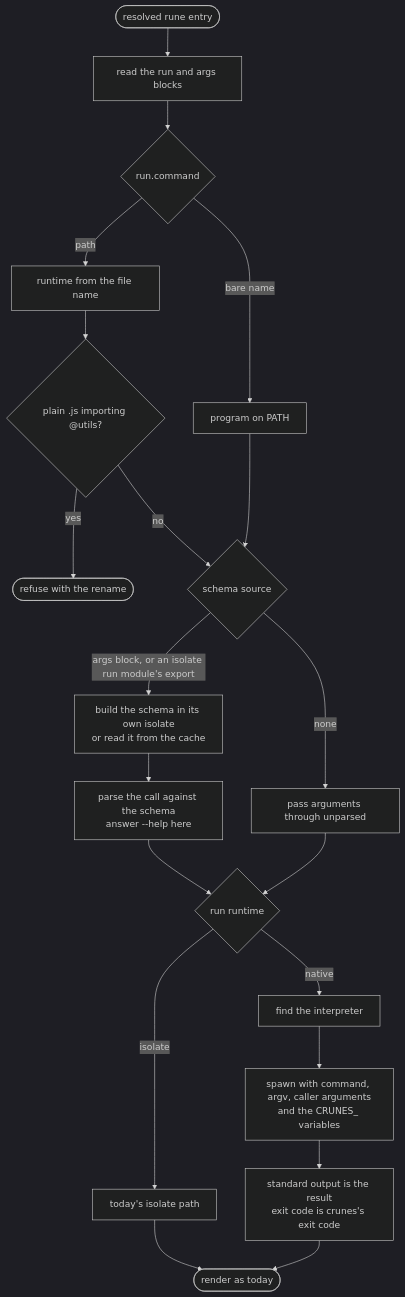
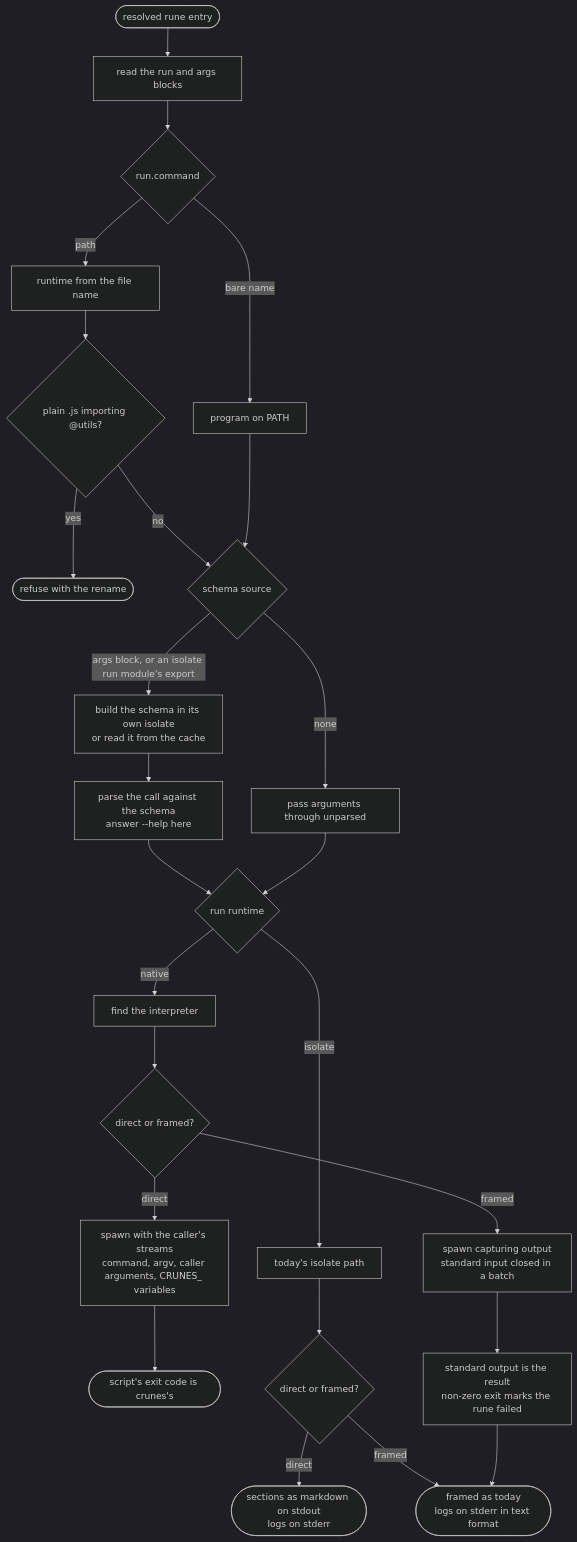
The diagram in docs/kb/wp/flows/run.md (darkrymit/crunes), drawn with Mermaid (dark theme) before and after one commit. The commit also changed other lines of this file and 10 other files, not shown here.

First line of the commit message:
docs(kb): single invocations are direct; framing is for shared streams

````diff
--- a/docs/kb/wp/flows/run.md
+++ b/docs/kb/wp/flows/run.md
@@ -12,22 +12,27 @@
 ```mermaid
 flowchart TD
     resolve_key([resolved rune entry]) --> read_blocks[read the run and args blocks]
     read_blocks --> classify_run{run.command}
     classify_run -->|bare name| program[program on PATH]
     classify_run -->|path| runtime_by_name[runtime from the file name]
     runtime_by_name --> rename_guard{plain .js importing @utils?}
     rename_guard -->|yes| refuse([refuse with the rename])
     rename_guard -->|no| schema_source
     program --> schema_source{schema source}
     schema_source -->|args block, or an isolate run module's export| build_schema[build the schema in its own isolate<br/>or read it from the cache]
     schema_source -->|none| pass_through[pass arguments through unparsed]
     build_schema --> parse_call[parse the call against the schema<br/>answer --help here]
     parse_call --> dispatch{run runtime}
     pass_through --> dispatch
     dispatch -->|isolate| isolate_run[today's isolate path]
     dispatch -->|native| find_interpreter[find the interpreter]
-    find_interpreter --> spawn[spawn with command, argv, caller arguments<br/>and the CRUNES_ variables]
-    spawn --> collect[standard output is the result<br/>exit code is crunes's exit code]
-    isolate_run --> render([render as today])
-    collect --> render
+    find_interpreter --> invocation_mode{direct or framed?}
+    invocation_mode -->|direct| spawn_inherit[spawn with the caller's streams<br/>command, argv, caller arguments, CRUNES_ variables]
+    spawn_inherit --> pass_status([script's exit code is crunes's])
+    invocation_mode -->|framed| spawn_capture[spawn capturing output<br/>standard input closed in a batch]
+    spawn_capture --> captured_result[standard output is the result<br/>non-zero exit marks the rune failed]
+    isolate_run --> isolate_output{direct or framed?}
+    isolate_output -->|direct| print_markdown([sections as markdown on stdout<br/>logs on stderr])
+    isolate_output -->|framed| render_framed([framed as today<br/>logs on stderr in text format])
+    captured_result --> render_framed
 ```
````
